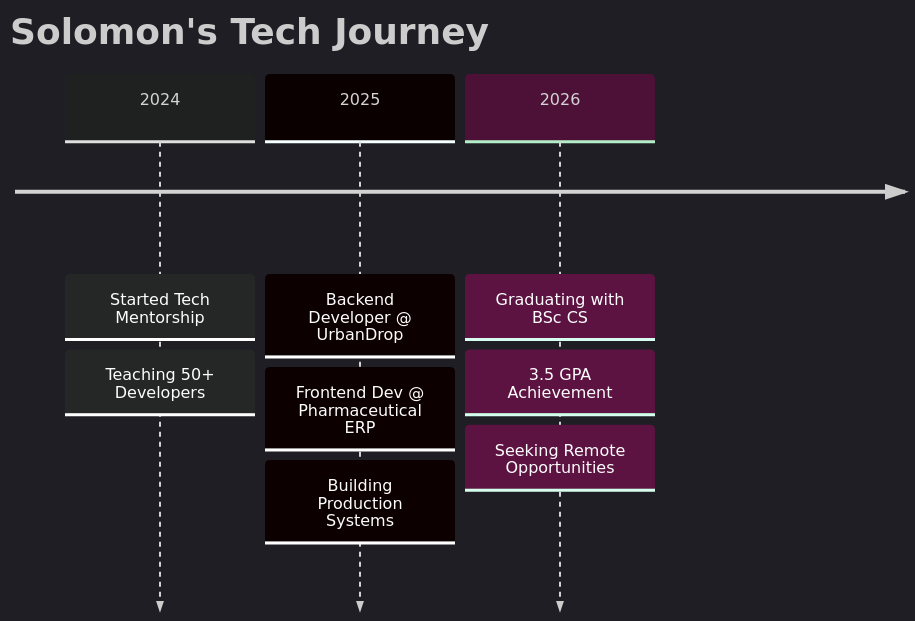
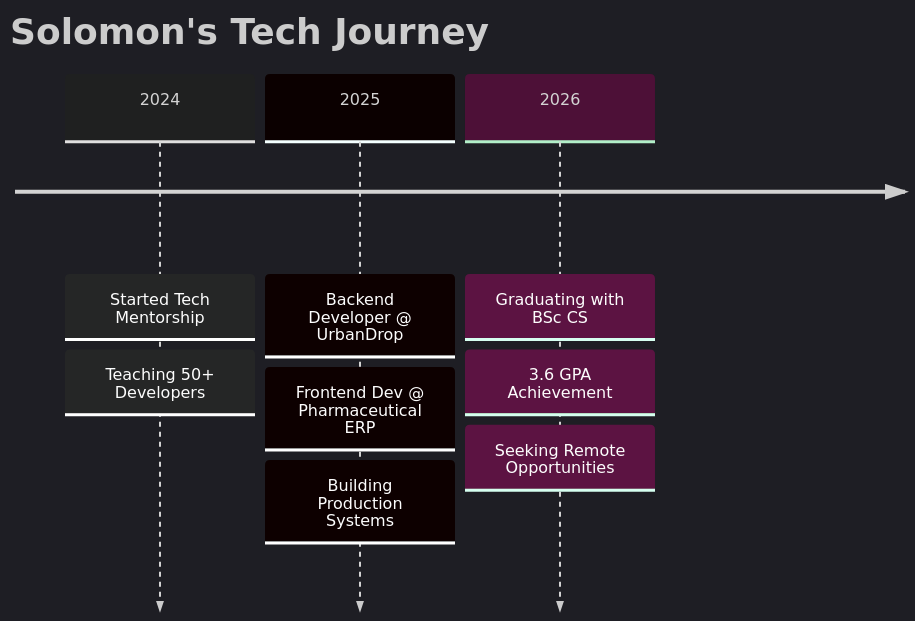
The diagram in README.md (leyroy/leyroy), drawn with Mermaid before and after one commit.

Commit message:
Update GPA achievement from 3.5 to 3.6

````diff
--- a/README.md
+++ b/README.md
@@ -281,13 +281,13 @@
 ```mermaid
 %%{init: {'theme':'dark'}}%%
 timeline
     title Solomon's Tech Journey
     2024 : Started Tech Mentorship
          : Teaching 50+ Developers
     2025 : Backend Developer @ UrbanDrop
          : Frontend Dev @ Pharmaceutical ERP
          : Building Production Systems
     2026 : Graduating with BSc CS
-         : 3.5 GPA Achievement
+         : 3.6 GPA Achievement
          : Seeking Remote Opportunities
 ```
````
